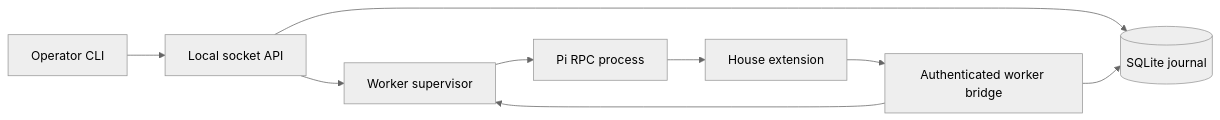
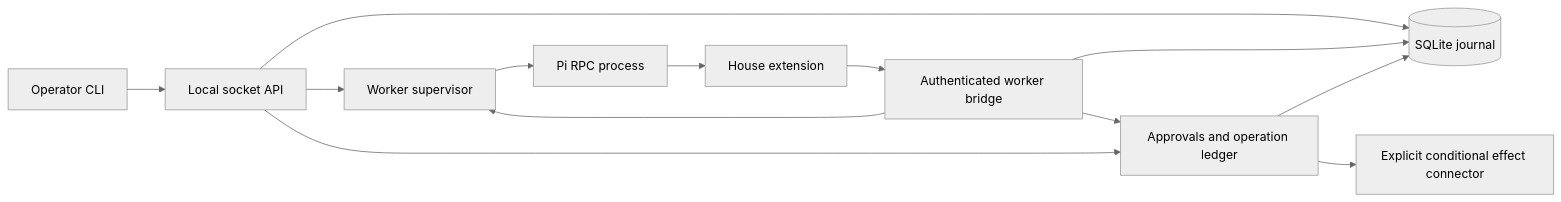
One commit to SuperJackfruitLabs/salaam changed the diagram in docs/architecture.md. Above: the diagram before and after it, drawn with Mermaid (neutral theme). The commit also changed other lines of this file and 29 other files, not shown here.

Commit message:
Implement M4–M5 durable approvals and managed effect recovery

````diff
--- a/docs/architecture.md
+++ b/docs/architecture.md
@@ -5,11 +5,15 @@
 ```mermaid
 flowchart LR
     CLI[Operator CLI] --> API[Local socket API]
     API --> DB[(SQLite journal)]
     API --> SUP[Worker supervisor]
     SUP --> PI[Pi RPC process]
     PI --> EXT[House extension]
     EXT --> BRIDGE[Authenticated worker bridge]
     BRIDGE --> DB
     BRIDGE --> SUP
+    API --> LEDGER[Approvals and operation ledger]
+    BRIDGE --> LEDGER
+    LEDGER --> DB
+    LEDGER --> EFFECT[Explicit conditional effect connector]
 ```
````
